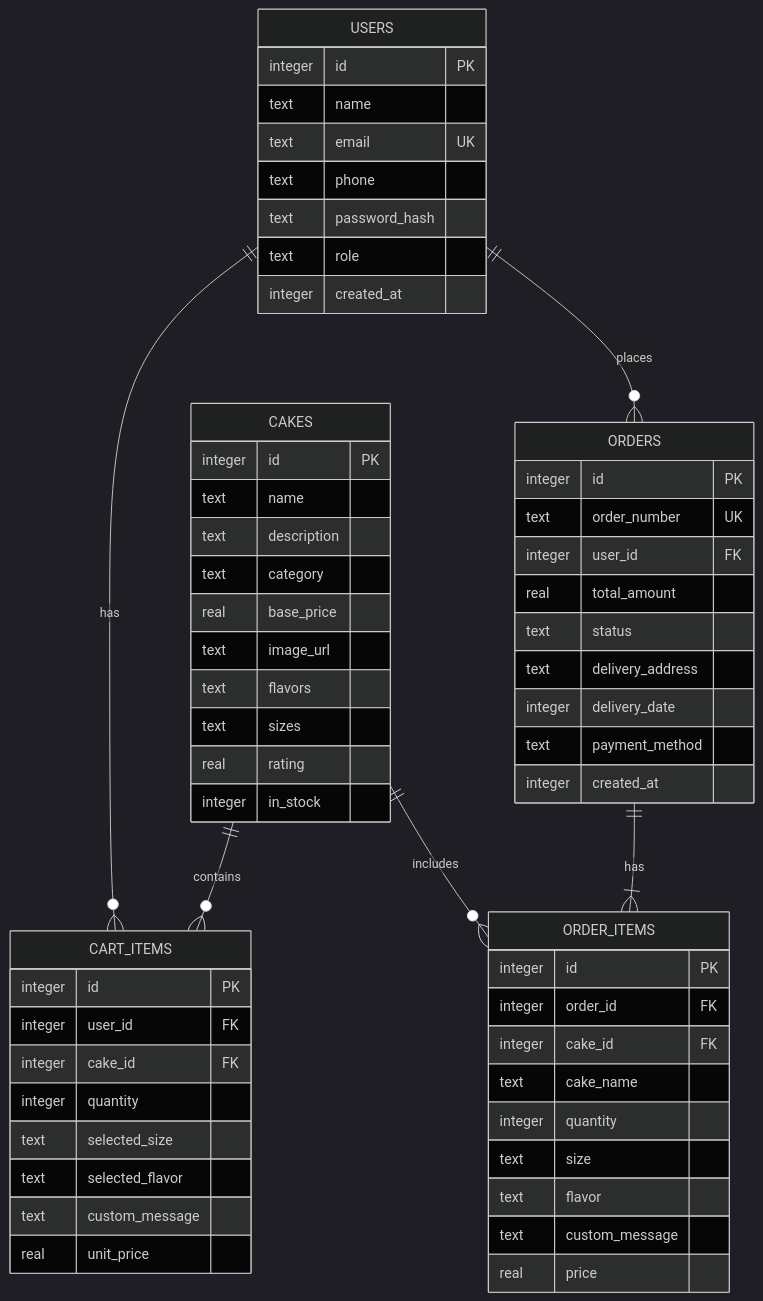
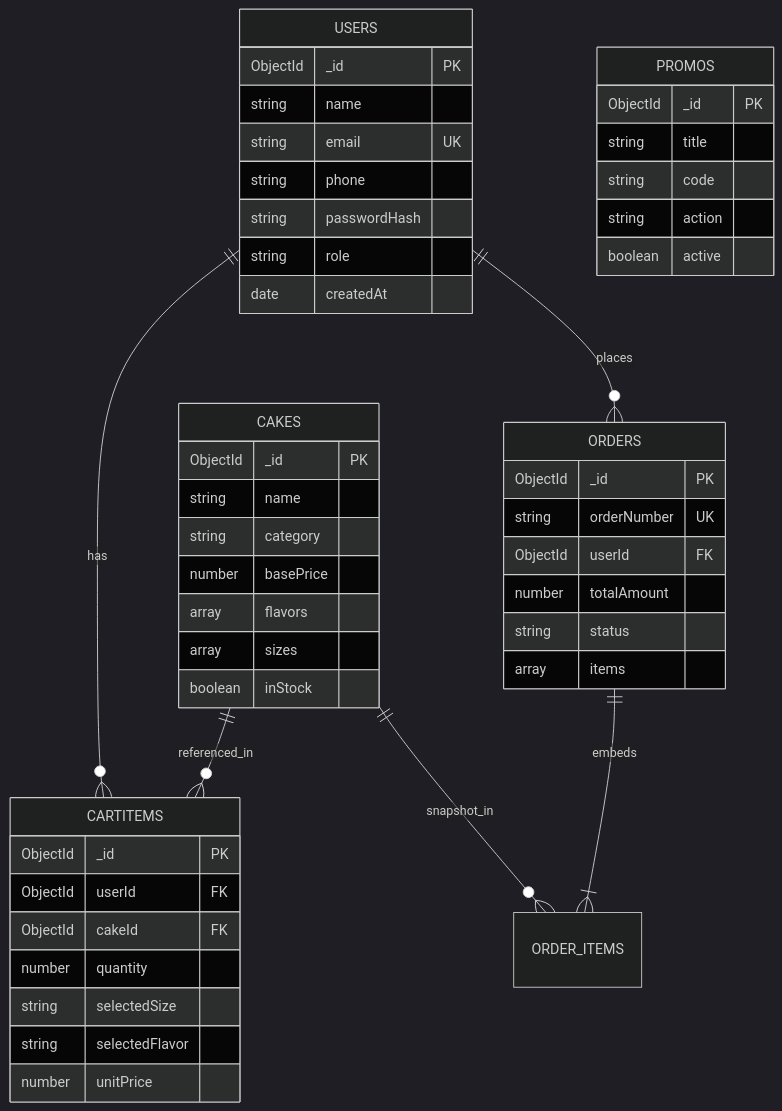
Before and after one commit to Saad2607/cake-shop-app: the diagram in docs/04_Database_Design.md, drawn with Mermaid (dark theme). The commit also changed other lines of this file and 132 other files, not shown here.

Commit message:
feat: add unified multi-role delivery partner ecosystem, KDS dispatch tab & liquid glass design, OTP delivery verification

````diff
--- a/docs/04_Database_Design.md
+++ b/docs/04_Database_Design.md
@@ -28,66 +40,55 @@
 ```mermaid
 erDiagram
-    USERS ||--o{ CART_ITEMS : has
+    USERS ||--o{ CARTITEMS : has
     USERS ||--o{ ORDERS : places
-    CAKES ||--o{ CART_ITEMS : contains
-    CAKES ||--o{ ORDER_ITEMS : includes
-    ORDERS ||--|{ ORDER_ITEMS : has
+    CAKES ||--o{ CARTITEMS : referenced_in
+    CAKES ||--o{ ORDER_ITEMS : snapshot_in
+    ORDERS ||--|{ ORDER_ITEMS : embeds
 
     USERS {
-        integer id PK
-        text name
-        text email UK
-        text phone
-        text password_hash
-        text role
-        integer created_at
+        ObjectId _id PK
+        string name
+        string email UK
+        string phone
+        string passwordHash
+        string role
+        date createdAt
     }
 
     CAKES {
-        integer id PK
-        text name
-        text description
-        text category
-        real base_price
-        text image_url
-        text flavors
-        text sizes
-        real rating
-        integer in_stock
+        ObjectId _id PK
+        string name
+        string category
+        number basePrice
+        array flavors
+        array sizes
+        boolean inStock
     }
 
-    CART_ITEMS {
-        integer id PK
-        integer user_id FK
-        integer cake_id FK
-        integer quantity
-        text selected_size
-        text selected_flavor
-        text custom_message
-        real unit_price
+    CARTITEMS {
+        ObjectId _id PK
+        ObjectId userId FK
+        ObjectId cakeId FK
+        number quantity
+        string selectedSize
+        string selectedFlavor
+        number unitPrice
     }
 
     ORDERS {
-        integer id PK
-        text order_number UK
-        integer user_id FK
-        real total_amount
-        text status
-        text delivery_address
-        integer delivery_date
-        text payment_method
-        integer created_at
+        ObjectId _id PK
+        string orderNumber UK
+        ObjectId userId FK
+        number totalAmount
+        string status
+        array items
     }
 
-    ORDER_ITEMS {
-        integer id PK
-        integer order_id FK
-        integer cake_id FK
-        text cake_name
-        integer quantity
-        text size
-        text flavor
-        text custom_message
-        real price
+    PROMOS {
+        ObjectId _id PK
+        string title
+        string code
+        string action
+        boolean active
     }
 ```
````
